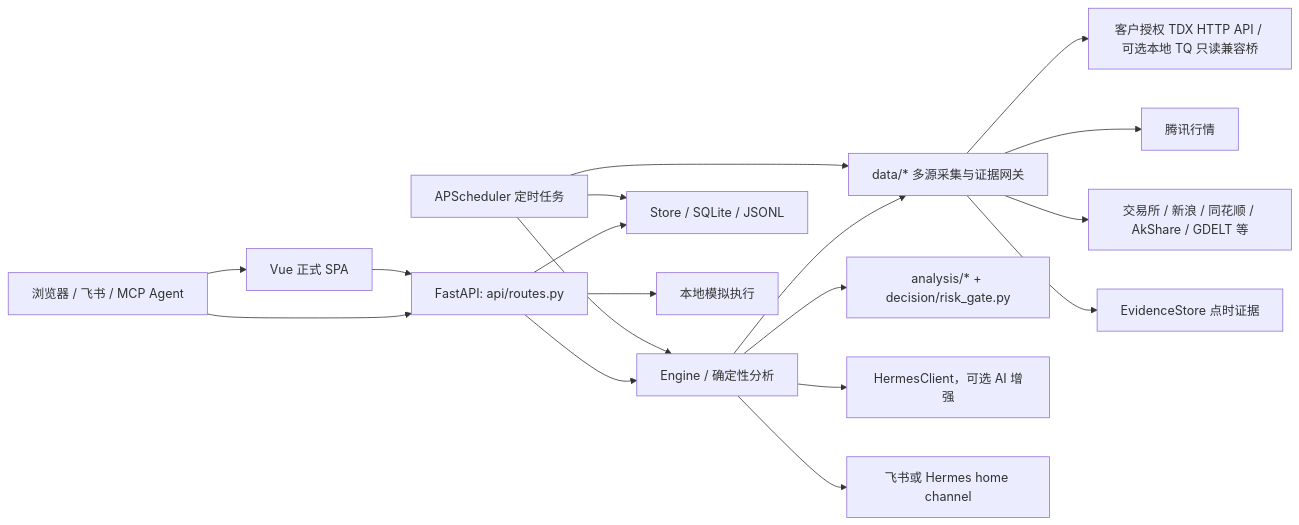
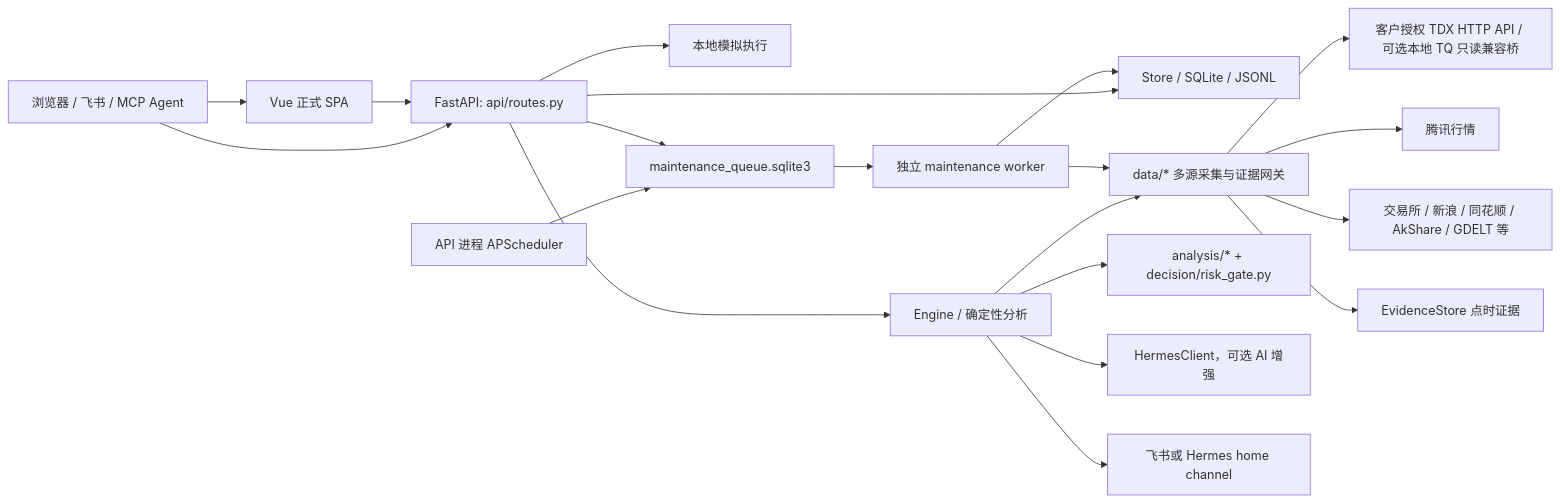
Before and after one commit to zero-yj-plus/Investment-Support-System: the diagram in PROJECT_GUIDE.md, drawn with Mermaid. The commit also changed other lines of this file and 37 other files, not shown here.

````diff
--- a/PROJECT_GUIDE.md
+++ b/PROJECT_GUIDE.md
@@ -47,24 +48,26 @@
 ```mermaid
 flowchart LR
     U["浏览器 / 飞书 / MCP Agent"] --> API["FastAPI: api/routes.py"]
     U --> SPA["Vue 正式 SPA"]
     SPA --> API
 
     API --> ENG["Engine / 确定性分析"]
     API --> STORE["Store / SQLite / JSONL"]
     API --> SIM["本地模拟执行"]
 
     ENG --> DATA["data/* 多源采集与证据网关"]
     ENG --> RULES["analysis/* + decision/risk_gate.py"]
     ENG --> AI["HermesClient，可选 AI 增强"]
     ENG --> PUSH["飞书或 Hermes home channel"]
 
     DATA --> TDX["客户授权 TDX HTTP API / 可选本地 TQ 只读兼容桥"]
     DATA --> TENCENT["腾讯行情"]
     DATA --> PUBLIC["交易所 / 新浪 / 同花顺 / AkShare / GDELT 等"]
     DATA --> EVIDENCE["EvidenceStore 点时证据"]
 
-    JOBS["APScheduler 定时任务"] --> ENG
-    JOBS --> DATA
-    JOBS --> STORE
+    JOBS["API 进程 APScheduler"] --> QUEUE["maintenance_queue.sqlite3"]
+    API --> QUEUE
+    QUEUE --> WORKER["独立 maintenance worker"]
+    WORKER --> DATA
+    WORKER --> STORE
 ```
````
